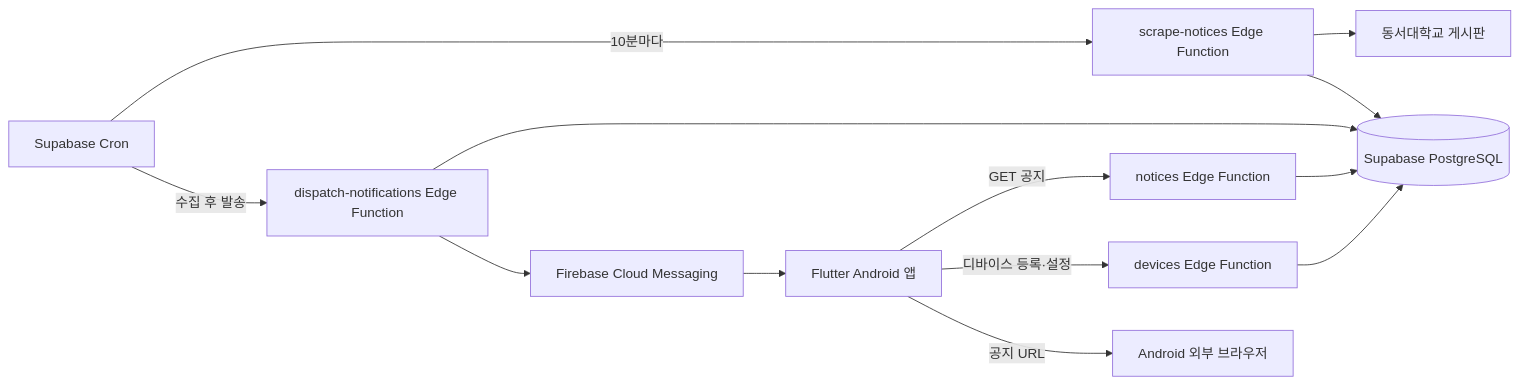
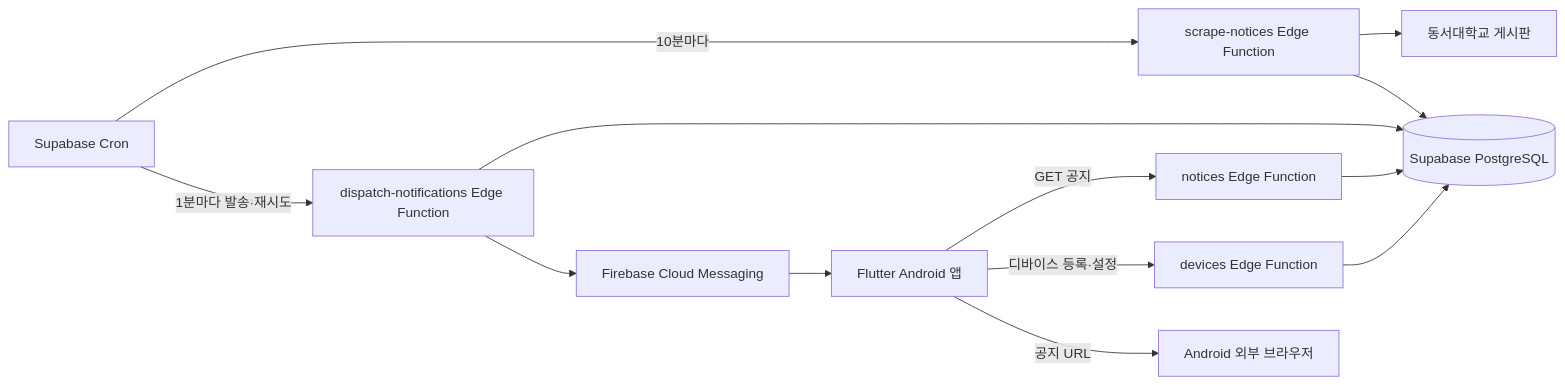
Before and after one commit to BackSong001/dsu-notifier: the diagram in docs/COMPONENTS.md, drawn with Mermaid. The commit also changed other lines of this file and 44 other files, not shown here.

````diff
--- a/docs/COMPONENTS.md
+++ b/docs/COMPONENTS.md
@@ -7,26 +7,26 @@
 ```mermaid
 flowchart LR
     App[Flutter Android 앱]
     Cron[Supabase Cron]
     Scrape[scrape-notices Edge Function]
     Notices[notices Edge Function]
     Devices[devices Edge Function]
     Dispatch[dispatch-notifications Edge Function]
     DB[(Supabase PostgreSQL)]
     Site[동서대학교 게시판]
     FCM[Firebase Cloud Messaging]
     Browser[Android 외부 브라우저]
 
     App -->|GET 공지| Notices
     App -->|디바이스 등록·설정| Devices
     Notices --> DB
     Devices --> DB
     Cron -->|10분마다| Scrape
-    Cron -->|수집 후 발송| Dispatch
+    Cron -->|1분마다 발송·재시도| Dispatch
     Scrape --> Site
     Scrape --> DB
     Dispatch --> DB
     Dispatch --> FCM
     FCM --> App
     App -->|공지 URL| Browser
 ```
````
